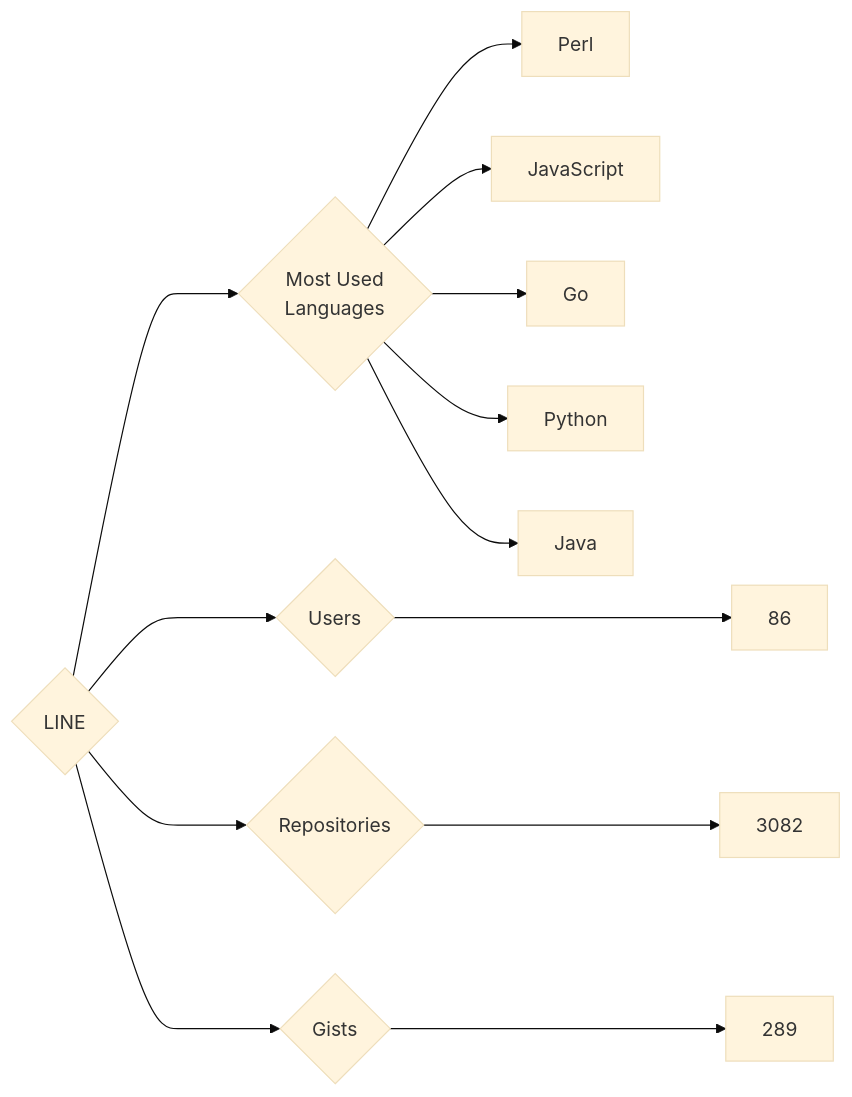
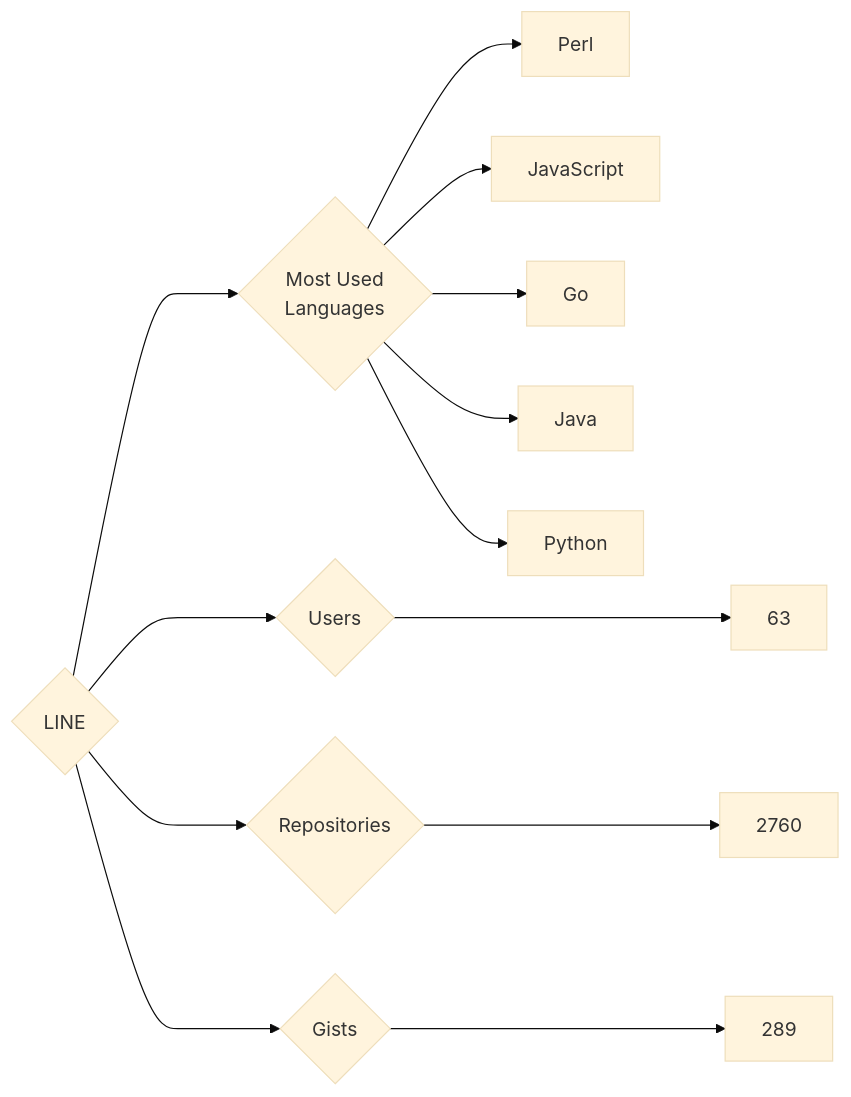
One commit to trickest/insiders changed the diagram in targets/LINE/README.md. Above: the diagram before and after it, drawn with Mermaid (base theme). The commit also changed 930 other files, not shown here.

````diff
--- a/targets/LINE/README.md
+++ b/targets/LINE/README.md
@@ -3,13 +3,13 @@
 ```mermaid
 graph LR
 COMPANY_NAME{LINE}
-COMPANY_NAME ---> U{Users} ---> UN[86]
-COMPANY_NAME ---> R{Repositories} ---> RN[3082]
+COMPANY_NAME ---> U{Users} ---> UN[63]
+COMPANY_NAME ---> R{Repositories} ---> RN[2760]
 COMPANY_NAME ---> G{Gists} ---> GN[289]
 COMPANY_NAME ---> ML{Most Used<br>Languages}
 ML --> Perl[Perl]
 ML --> JavaScript[JavaScript]
 ML --> Go[Go]
+ML --> Java[Java]
 ML --> Python[Python]
-ML --> Java[Java]
 ```
````
